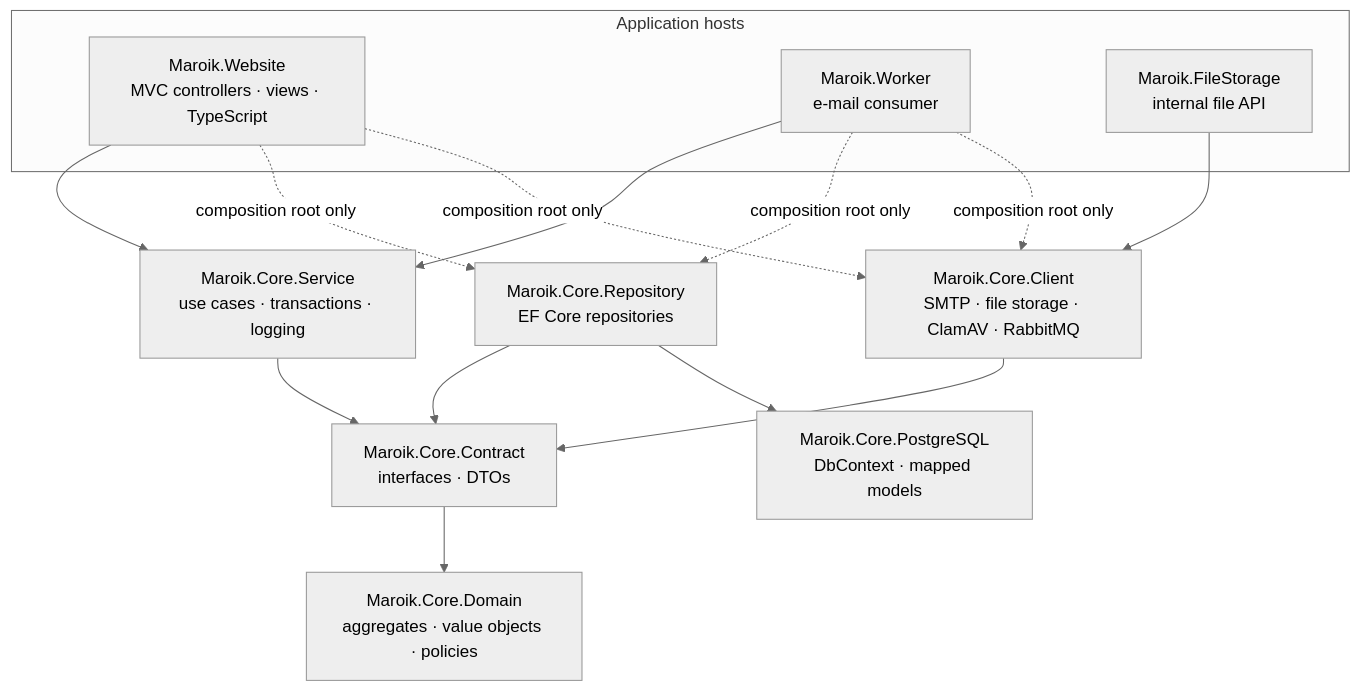
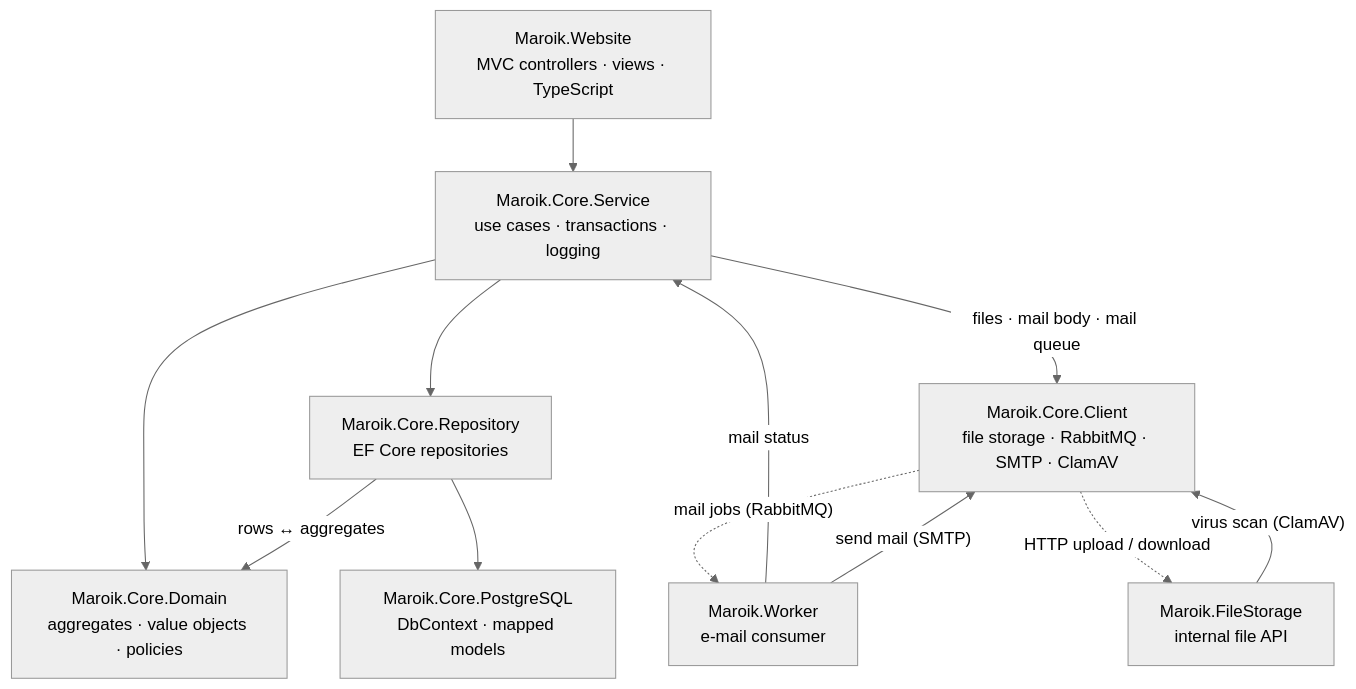
One commit to zqf20096327/dbhub_collect changed the first of 2 diagrams in data/readmes/IkhyeonJo__Maroik-CMS.md. Above: the diagram before and after it, drawn with Mermaid (neutral theme). The commit also changed other lines of this file and 538 other files, not shown here.

````diff
--- a/data/readmes/IkhyeonJo__Maroik-CMS.md
+++ b/data/readmes/IkhyeonJo__Maroik-CMS.md
@@ -64,26 +73,25 @@
 ```mermaid
 flowchart TB
-    subgraph hosts["Application hosts"]
-        Website["Maroik.Website<br/>MVC controllers · views · TypeScript"]
-        Worker["Maroik.Worker<br/>e-mail consumer"]
-        FileStorage["Maroik.FileStorage<br/>internal file API"]
-    end
+    Website["Maroik.Website<br/>MVC controllers · views · TypeScript"]
     Service["Maroik.Core.Service<br/>use cases · transactions · logging"]
-    Contract["Maroik.Core.Contract<br/>interfaces · DTOs"]
     Domain["Maroik.Core.Domain<br/>aggregates · value objects · policies"]
     Repository["Maroik.Core.Repository<br/>EF Core repositories"]
     PostgreSQL["Maroik.Core.PostgreSQL<br/>DbContext · mapped models"]
-    Client["Maroik.Core.Client<br/>SMTP · file storage · ClamAV · RabbitMQ"]
+    Client["Maroik.Core.Client<br/>file storage · RabbitMQ · SMTP · ClamAV"]
+    Worker["Maroik.Worker<br/>e-mail consumer"]
+    FileStorage["Maroik.FileStorage<br/>internal file API"]
 
     Website --> Service
-    Worker --> Service
-    Service --> Contract --> Domain
-    Repository --> Contract
+    Service --> Domain
+    Service --> Repository
+    Service -- "files · mail body · mail queue" --> Client
+    Repository -- "rows ↔ aggregates" --> Domain
     Repository --> PostgreSQL
-    Client --> Contract
-    FileStorage --> Client
-    Website -. "composition root only" .-> Repository
-    Website -. "composition root only" .-> Client
-    Worker -. "composition root only" .-> Repository
-    Worker -. "composition root only" .-> Client
+
+    Client -. "mail jobs (RabbitMQ)" .-> Worker
+    Client -. "HTTP upload / download" .-> FileStorage
+
+    Worker -- "mail status" --> Service
+    Worker -- "send mail (SMTP)" --> Client
+    FileStorage -- "virus scan (ClamAV)" --> Client
 ```
````
